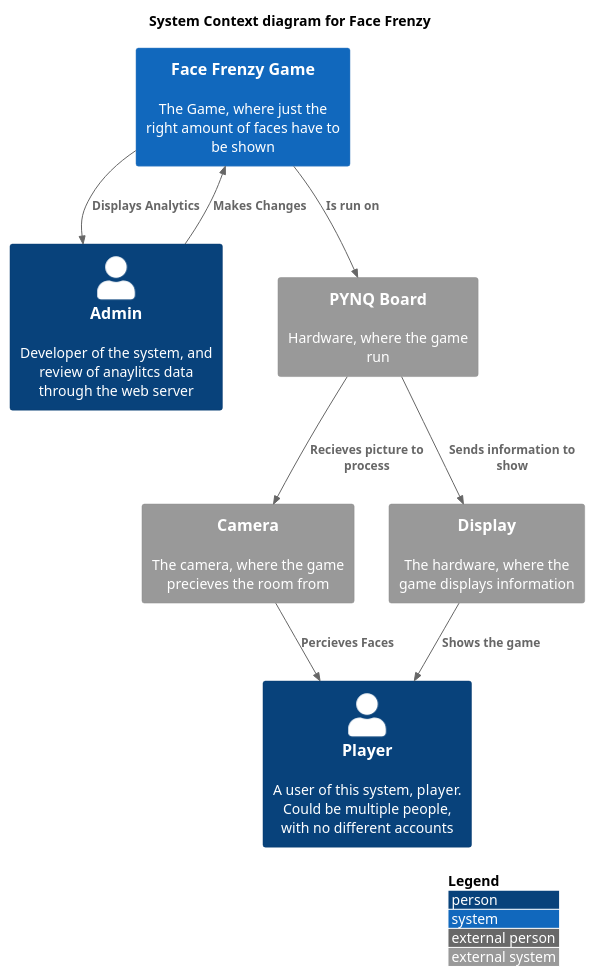
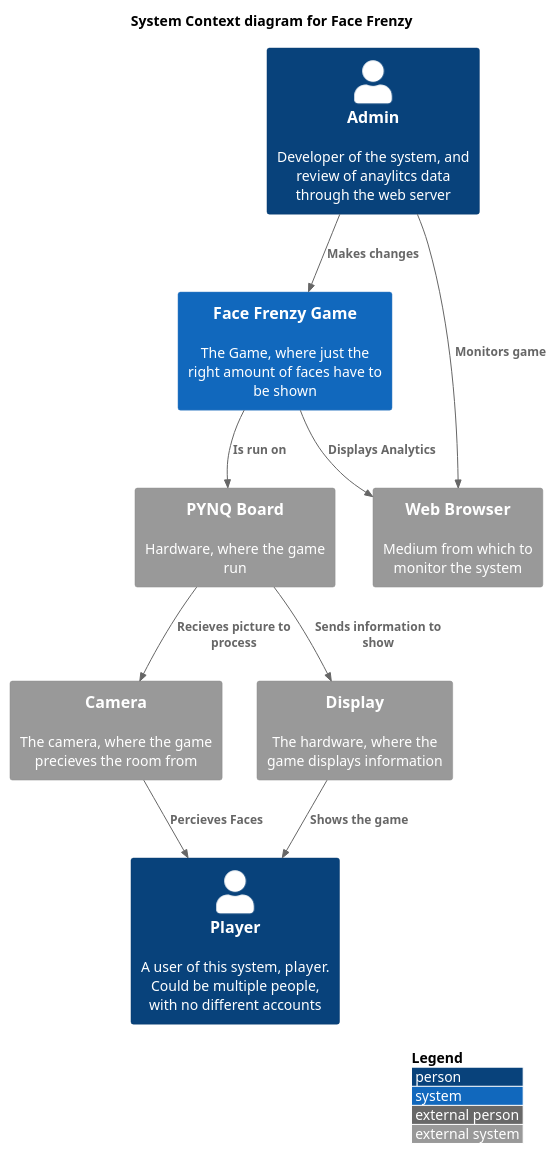
One commit to Kacper-Grzyb/dse-face-frenzy changed the diagram in system-context.puml. Above: the diagram before and after it, drawn with PlantUML. The commit also changed 1 other file, not shown here.

```diff
--- a/system-context.puml
+++ b/system-context.puml
@@ -1,27 +1,29 @@
 @startuml
 !include https://raw.githubusercontent.com/plantuml-stdlib/C4-PlantUML/master/C4_Context.puml
 ' uncomment the following line and comment the first to use locally
 ' !include C4_Context.puml
 
 LAYOUT_WITH_LEGEND()
 
 title System Context diagram for Face Frenzy
 
 Person(User, "Player", "A user of this system, player. Could be multiple people, with no different accounts")
 Person(Admin, "Admin", "Developer of the system, and review of anaylitcs data through the web server")
 System(Game, "Face Frenzy Game", "The Game, where just the right amount of faces have to be shown")
  
 System_Ext(Camera, "Camera", "The camera, where the game precieves the room from")
 System_Ext(Display, "Display", "The hardware, where the game displays information")
 System_Ext(PYNQ, "PYNQ Board", "Hardware, where the game run")
+System_Ext(Browser, "Web Browser", "Medium from which to monitor the system")
 
 Rel(Display, User, "Shows the game")
 Rel(Camera, User, "Percieves Faces")
 
-Rel(Game, Admin, "Displays Analytics")
-Rel(Admin, Game, "Makes Changes")
+Rel(Game, Browser, "Displays Analytics")
+Rel(Admin, Game, "Makes changes")
+Rel(Admin, Browser, "Monitors game")
 
 Rel(Game, PYNQ, "Is run on")
 Rel(PYNQ, Display, "Sends information to show")
 Rel(PYNQ, Camera, "Recieves picture to process")
 @enduml
```
